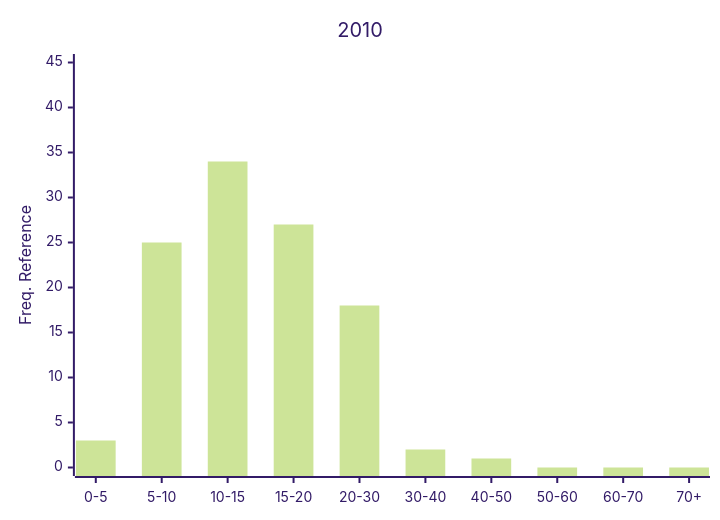
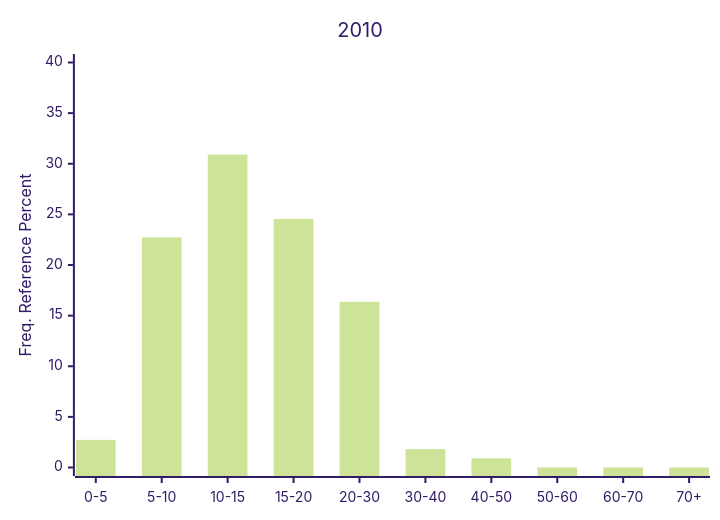
Before and after one commit to Nemus-Project/fair-nime-2026: diagram 13 of 28 in README.md, drawn with Mermaid (forest theme). The commit also changed other lines of this file, not shown here.

````diff
--- a/README.md
+++ b/README.md
@@ -559,7 +560,7 @@
 ```mermaid
 xychart-beta
     title "2010"
     x-axis ["0-5", "5-10", "10-15", "15-20", "20-30", "30-40", "40-50", "50-60", "60-70", "70+"]
-    y-axis "Freq. Reference" 0 --> 45
-    bar [3, 25, 34, 27, 18, 2, 1, 0, 0, 0]
+    y-axis "Freq. Reference Percent" 0 --> 40
+    bar [2.727272727272727, 22.727272727272727, 30.909090909090907, 24.545454545454547, 16.363636363636363, 1.8181818181818181, 0.9090909090909091, 0.0, 0.0, 0.0]
 ```    
````
